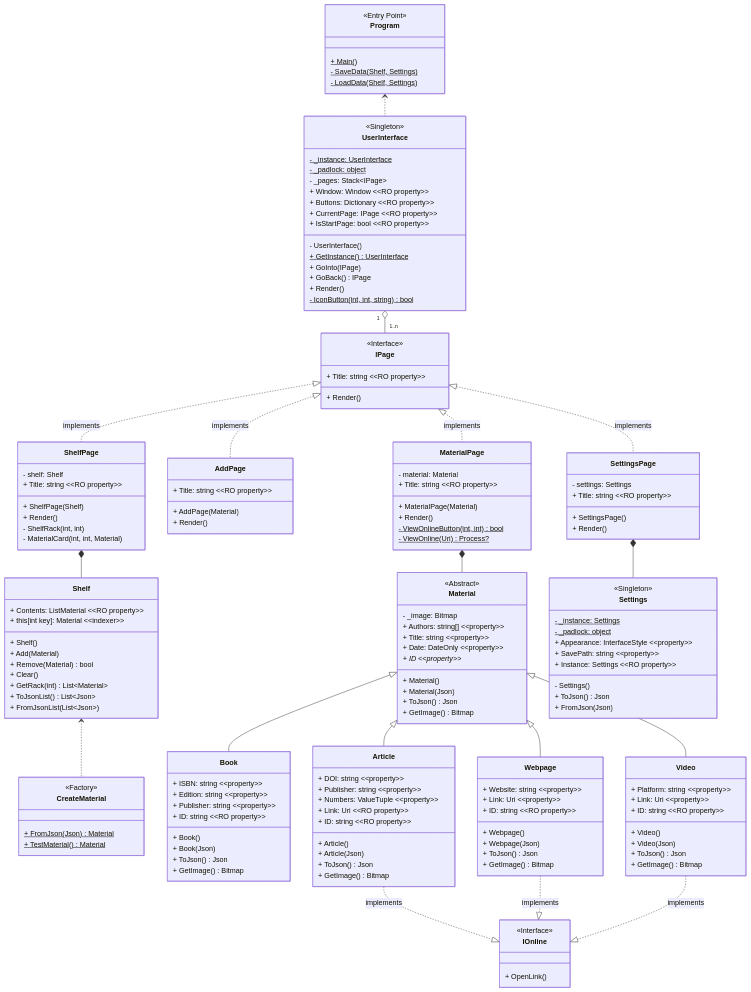
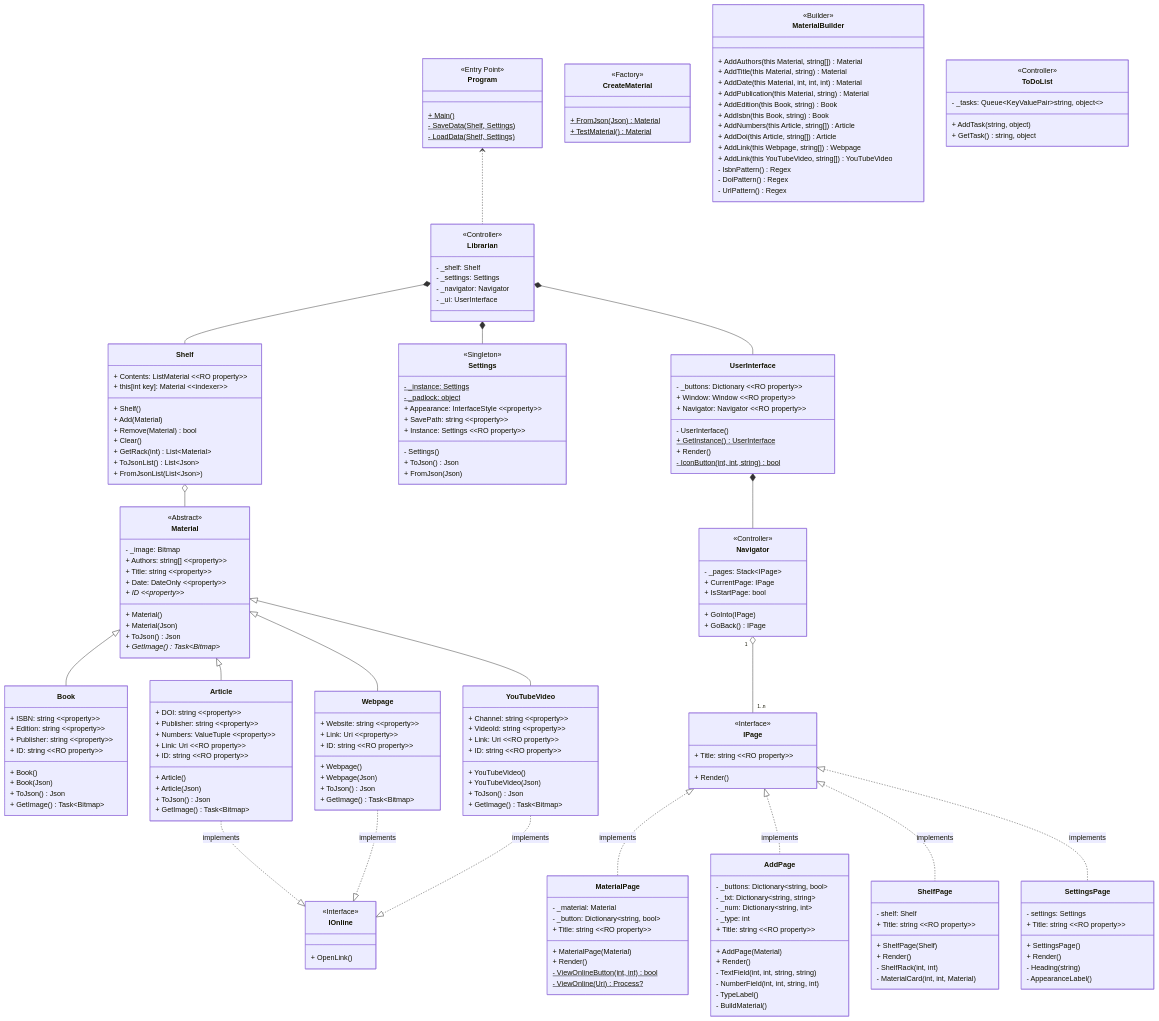
Before and after one commit to TuritoYuenan/personal-library: the diagram in Class Diagram.md, drawn with Mermaid. The commit also changed 14 other files, not shown here.

````diff
--- a/Class Diagram.md
+++ b/Class Diagram.md
@@ -4,27 +4,28 @@
 classDiagram
 direction TB
 
-Program <.. UserInterface
-Shelf <.. CreateMaterial
+Program <.. Librarian
+Librarian *-- Shelf
+Librarian *-- Settings
+Librarian *-- UserInterface
+
+Shelf o-- Material
 
 Material <|-- Book
 Material <|-- Article
-Material <|-- Video
 Material <|-- Webpage
+Material <|-- YouTubeVideo
 
 Article ..|> IOnline: implements
 Webpage ..|> IOnline: implements
-Video ..|> IOnline: implements
+YouTubeVideo ..|> IOnline: implements
 
-UserInterface "1" o-- "1..n" IPage
+UserInterface *-- Navigator
 IPage <|.. MaterialPage: implements
 IPage <|.. AddPage: implements
+Navigator "1" o-- "1..n" IPage
 IPage <|.. ShelfPage: implements
 IPage <|.. SettingsPage: implements
-
-MaterialPage *-- Material
-SettingsPage *-- Settings
-ShelfPage *-- Shelf
 
 class Program {
 	<<Entry Point>>
@@ -33,24 +34,32 @@
 	- LoadData(Shelf, Settings)$
 }
 
-%% Interfaces
+%% Models
 
 class IOnline {
 	<<Interface>>
 	+ OpenLink()
 }
-class IPage {
-	<<Interface>>
-	+ Title: string ~~RO property~~
-	+ Render()
-}
-
-%% Models
-
 class CreateMaterial {
 	<<Factory>>
 	+ FromJson(Json)$ Material
 	+ TestMaterial()$ Material
+}
+class MaterialBuilder {
+	<<Builder>>
+	+ AddAuthors(this Material, string[]) Material
+	+ AddTitle(this Material, string) Material
+	+ AddDate(this Material, int, int, int) Material
+	+ AddPublication(this Material, string) Material
+	+ AddEdition(this Book, string) Book
+	+ AddIsbn(this Book, string) Book
+	+ AddNumbers(this Article, string[]) Article
+	+ AddDoi(this Article, string[]) Article
+	+ AddLink(this Webpage, string[]) Webpage
+	+ AddLink(this YouTubeVideo, string[]) YouTubeVideo
+	- IsbnPattern() Regex
+	- DoiPattern() Regex
+	- UrlPattern() Regex
 }
 class Settings {
 	<<Singleton>>
@@ -84,7 +93,7 @@
 	+ Material()
 	+ Material(Json)
 	+ ToJson() Json
-	+ GetImage() Bitmap
+	+ GetImage()* Task~Bitmap~
 }
 class Book {
 	+ ISBN: string ~~property~~
@@ -94,7 +103,7 @@
 	+ Book()
 	+ Book(Json)
 	+ ToJson() Json
-	+ GetImage() Bitmap
+	+ GetImage() Task~Bitmap~
 }
 class Article {
 	+ DOI: string ~~property~~
@@ -105,7 +114,7 @@
 	+ Article()
 	+ Article(Json)
 	+ ToJson() Json
-	+ GetImage() Bitmap
+	+ GetImage() Task~Bitmap~
 }
 class Webpage {
 	+ Website: string ~~property~~
@@ -114,43 +123,50 @@
 	+ Webpage()
 	+ Webpage(Json)
 	+ ToJson() Json
-	+ GetImage() Bitmap
+	+ GetImage() Task~Bitmap~
 }
-class Video {
-	+ Platform: string ~~property~~
-	+ Link: Uri ~~property~~
+class YouTubeVideo {
+	+ Channel: string ~~property~~
+	+ VideoId: string ~~property~~
+	+ Link: Uri ~~RO property~~
 	+ ID: string ~~RO property~~
-	+ Video()
-	+ Video(Json)
+	+ YouTubeVideo()
+	+ YouTubeVideo(Json)
 	+ ToJson() Json
-	+ GetImage() Bitmap
+	+ GetImage() Task~Bitmap~
 }
-
 %% Views
 
 class UserInterface {
-	<<Singleton>>
-	- _instance: UserInterface$
-	- _padlock: object$
-	- _pages: Stack~IPage~
+	- _buttons: Dictionary ~~RO property~~
 	+ Window: Window ~~RO property~~
-	+ Buttons: Dictionary ~~RO property~~
-	+ CurrentPage: IPage ~~RO property~~
-	+ IsStartPage: bool ~~RO property~~
+	+ Navigator: Navigator ~~RO property~~
 	- UserInterface()
 	+ GetInstance() UserInterface$
-	+ GoInto(IPage)
-	+ GoBack() IPage
 	+ Render()
 	- IconButton(int, int, string)$ bool
 }
+class IPage {
+	<<Interface>>
+	+ Title: string ~~RO property~~
+	+ Render()
+}
 class AddPage {
+	- _buttons: Dictionary~string, bool~
+	- _txt: Dictionary~string, string~
+	- _num: Dictionary~string, int~
+	- _type: int
 	+ Title: string ~~RO property~~
 	+ AddPage(Material)
 	+ Render()
+	- TextField(int, int, string, string)
+	- NumberField(int, int, string, int)
+	- TypeLabel()
+	- BuildMaterial()
 }
 class MaterialPage {
-	- material: Material
+	- _material: Material
+	- _button: Dictionary~string, bool~
 	+ Title: string ~~RO property~~
 	+ MaterialPage(Material)
 	+ Render()
@@ -162,6 +178,8 @@
 	+ Title: string ~~RO property~~
 	+ SettingsPage()
 	+ Render()
+	- Heading(string)
+	- AppearanceLabel()
 }
 class ShelfPage {
 	- shelf: Shelf
@@ -171,4 +189,28 @@
 	- ShelfRack(int, int)
 	- MaterialCard(int, int, Material)
 }
+
+%% Controllers
+
+class Librarian {
+	<<Controller>>
+	- _shelf: Shelf
+	- _settings: Settings
+	- _navigator: Navigator
+	- _ui: UserInterface
+}
+class Navigator {
+	<<Controller>>
+	- _pages: Stack~IPage~
+	+ CurrentPage: IPage
+	+ IsStartPage: bool
+	+ GoInto(IPage)
+	+ GoBack() IPage
+}
+class ToDoList {
+	<<Controller>>
+	- _tasks: Queue~KeyValuePair~string, object~~
+	+ AddTask(string, object)
+	+ GetTask() string, object
+}
 ```
````
